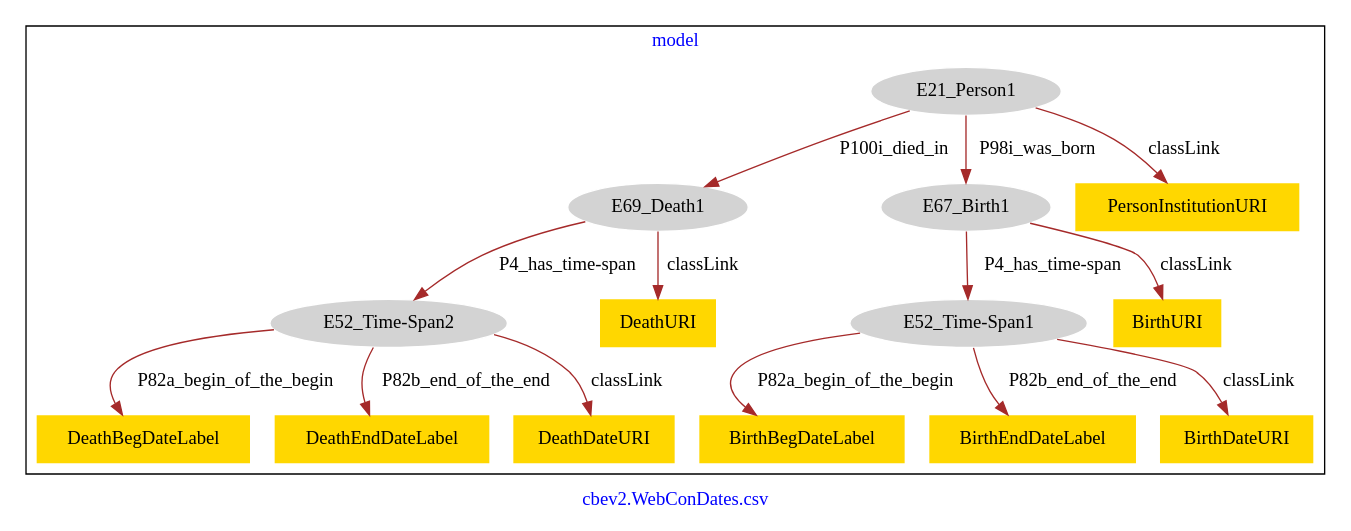
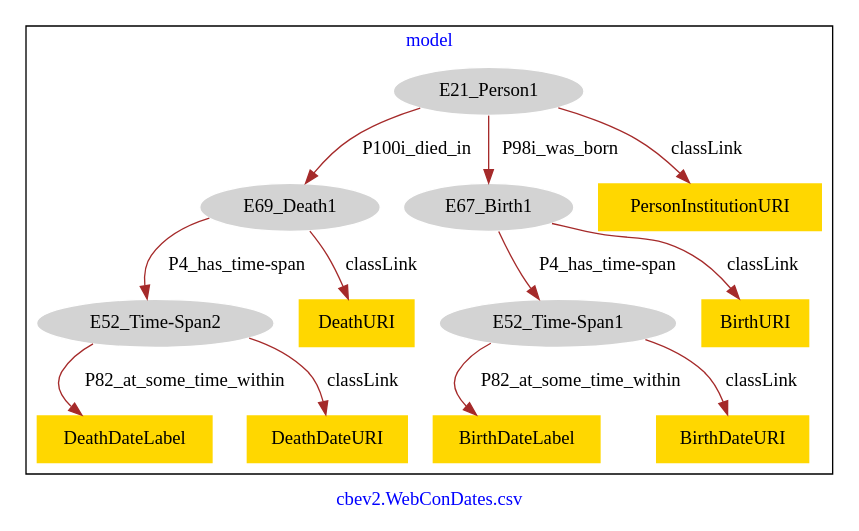
Before and after one commit to usc-isi-i2/saam-lod: the diagram in models-graphviz/cbev2.WebConDates.csv.model.dot, drawn with Graphviz. The commit also changed 150 other files, not shown here.

```diff
--- a/models-graphviz/cbev2.WebConDates.csv.model.dot
+++ b/models-graphviz/cbev2.WebConDates.csv.model.dot
@@ -1,35 +1,31 @@
 digraph n0 {
 fontcolor="blue"
 remincross="true"
 label="cbev2.WebConDates.csv"
 subgraph cluster {
 label="model"
 n2[style="filled",color="white",fillcolor="lightgray",label="E21_Person1"];
 n3[style="filled",color="white",fillcolor="lightgray",label="E69_Death1"];
 n4[style="filled",color="white",fillcolor="lightgray",label="E67_Birth1"];
 n5[shape="plaintext",style="filled",fillcolor="gold",label="PersonInstitutionURI"];
 n6[style="filled",color="white",fillcolor="lightgray",label="E52_Time-Span1"];
-n7[shape="plaintext",style="filled",fillcolor="gold",label="BirthBegDateLabel"];
-n8[shape="plaintext",style="filled",fillcolor="gold",label="BirthEndDateLabel"];
-n9[shape="plaintext",style="filled",fillcolor="gold",label="BirthDateURI"];
-n10[style="filled",color="white",fillcolor="lightgray",label="E52_Time-Span2"];
-n11[shape="plaintext",style="filled",fillcolor="gold",label="DeathBegDateLabel"];
-n12[shape="plaintext",style="filled",fillcolor="gold",label="DeathEndDateLabel"];
-n13[shape="plaintext",style="filled",fillcolor="gold",label="DeathDateURI"];
-n14[shape="plaintext",style="filled",fillcolor="gold",label="BirthURI"];
-n15[shape="plaintext",style="filled",fillcolor="gold",label="DeathURI"];
+n7[shape="plaintext",style="filled",fillcolor="gold",label="BirthDateLabel"];
+n8[shape="plaintext",style="filled",fillcolor="gold",label="BirthDateURI"];
+n9[style="filled",color="white",fillcolor="lightgray",label="E52_Time-Span2"];
+n10[shape="plaintext",style="filled",fillcolor="gold",label="DeathDateLabel"];
+n11[shape="plaintext",style="filled",fillcolor="gold",label="DeathDateURI"];
+n12[shape="plaintext",style="filled",fillcolor="gold",label="BirthURI"];
+n13[shape="plaintext",style="filled",fillcolor="gold",label="DeathURI"];
 }
 n2 -> n3[color="brown",fontcolor="black",label="P100i_died_in"]
 n2 -> n4[color="brown",fontcolor="black",label="P98i_was_born"]
 n2 -> n5[color="brown",fontcolor="black",label="classLink"]
-n6 -> n7[color="brown",fontcolor="black",label="P82a_begin_of_the_begin"]
-n6 -> n8[color="brown",fontcolor="black",label="P82b_end_of_the_end"]
-n6 -> n9[color="brown",fontcolor="black",label="classLink"]
-n10 -> n11[color="brown",fontcolor="black",label="P82a_begin_of_the_begin"]
-n10 -> n12[color="brown",fontcolor="black",label="P82b_end_of_the_end"]
-n10 -> n13[color="brown",fontcolor="black",label="classLink"]
+n6 -> n7[color="brown",fontcolor="black",label="P82_at_some_time_within"]
+n6 -> n8[color="brown",fontcolor="black",label="classLink"]
+n9 -> n10[color="brown",fontcolor="black",label="P82_at_some_time_within"]
+n9 -> n11[color="brown",fontcolor="black",label="classLink"]
 n4 -> n6[color="brown",fontcolor="black",label="P4_has_time-span"]
-n4 -> n14[color="brown",fontcolor="black",label="classLink"]
-n3 -> n10[color="brown",fontcolor="black",label="P4_has_time-span"]
-n3 -> n15[color="brown",fontcolor="black",label="classLink"]
+n4 -> n12[color="brown",fontcolor="black",label="classLink"]
+n3 -> n9[color="brown",fontcolor="black",label="P4_has_time-span"]
+n3 -> n13[color="brown",fontcolor="black",label="classLink"]
 }
```
